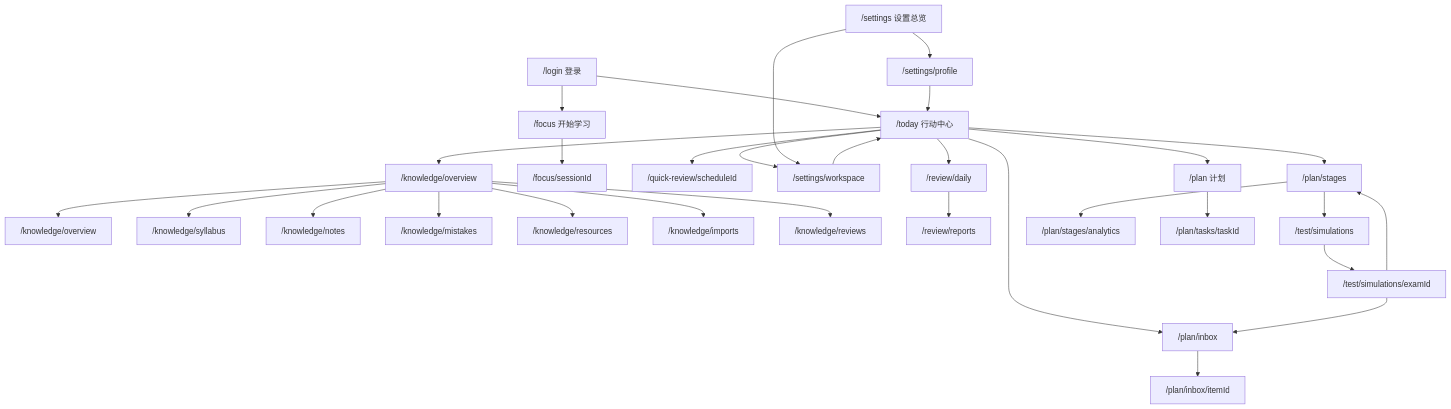
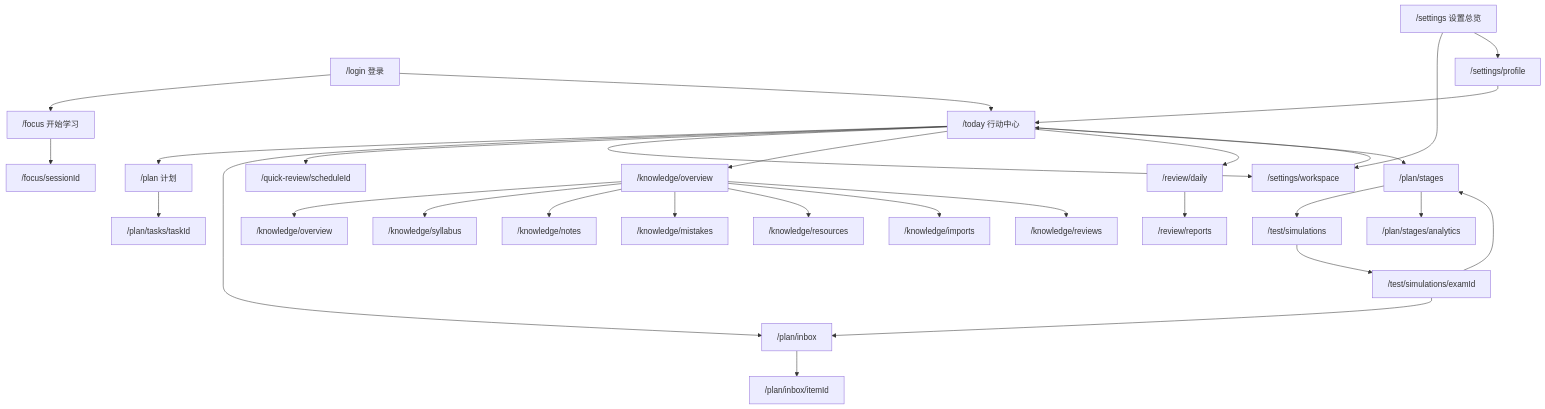
The diagram in docs/ux/site-navigation.md (AreaSong/AreaForge), drawn with Mermaid before and after one commit. The commit also changed other lines of this file and 685 other files, not shown here.

````diff
--- a/docs/ux/site-navigation.md
+++ b/docs/ux/site-navigation.md
@@ -25,32 +25,32 @@
 ```mermaid
 flowchart TB
-  login["/login 登录"] --> today["/today 行动中心"]
-  login --> focusEntry["/focus 开始学习"]
+  login["/login 登录"] --> focusEntry["/focus 开始学习"]
+  login --> today["/today 行动中心"]
   today --> plan["/plan 计划"]
   today --> inbox["/plan/inbox"]
   focusEntry --> focus["/focus/sessionId"]
   today --> quickReview["/quick-review/scheduleId"]
   today --> workspace["/settings/workspace"]
   today --> knowledge["/knowledge/overview"]
   knowledge --> overview["/knowledge/overview"]
   knowledge --> syllabus["/knowledge/syllabus"]
   knowledge --> notes["/knowledge/notes"]
   knowledge --> mistakes["/knowledge/mistakes"]
   knowledge --> resources["/knowledge/resources"]
   knowledge --> imports["/knowledge/imports"]
   knowledge --> reviews["/knowledge/reviews"]
   today --> dailyReview["/review/daily"]
   dailyReview --> report["/review/reports"]
   today --> stage["/plan/stages"]
   stage --> simulation["/test/simulations"]
   simulation --> simulationExam["/test/simulations/examId"]
   simulationExam --> inbox
   simulationExam --> stage
   stage --> analytics["/plan/stages/analytics"]
   plan --> task["/plan/tasks/taskId"]
   inbox --> inboxItem["/plan/inbox/itemId"]
   settings["/settings 设置总览"] --> workspace
   settings --> profile["/settings/profile"]
   workspace --> today
   profile --> today
 ```
````
